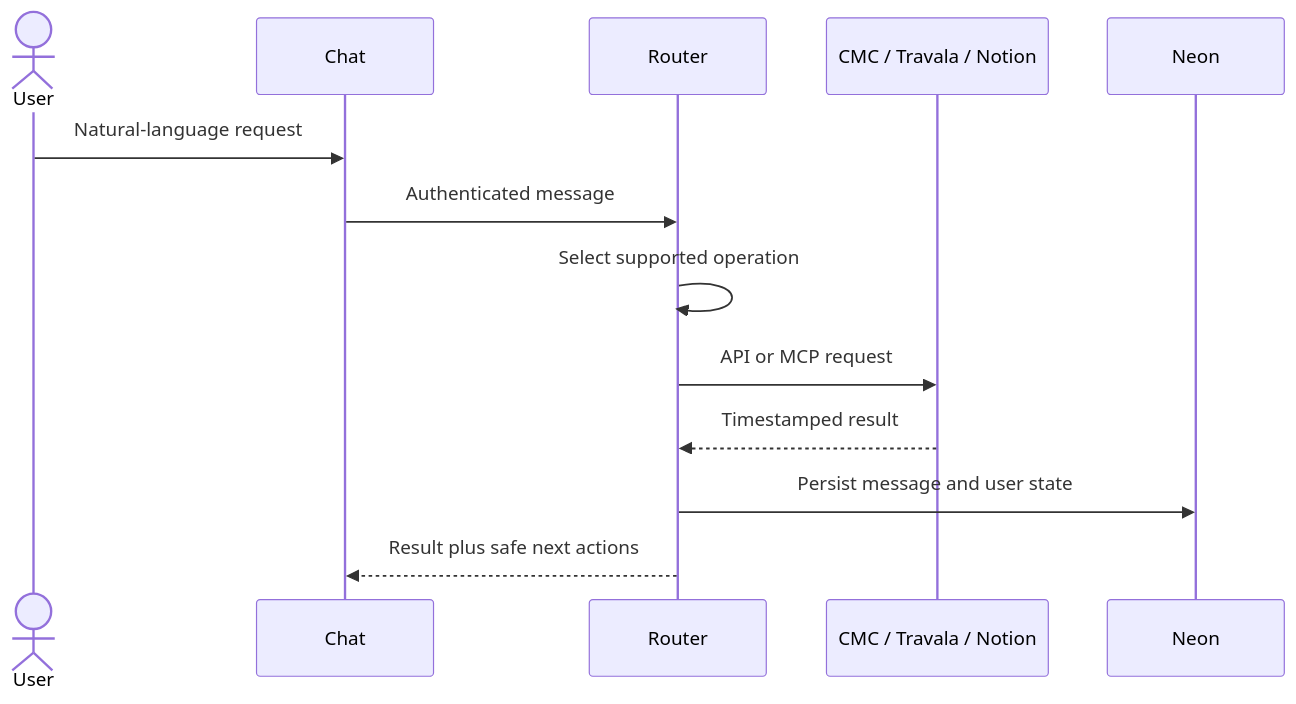
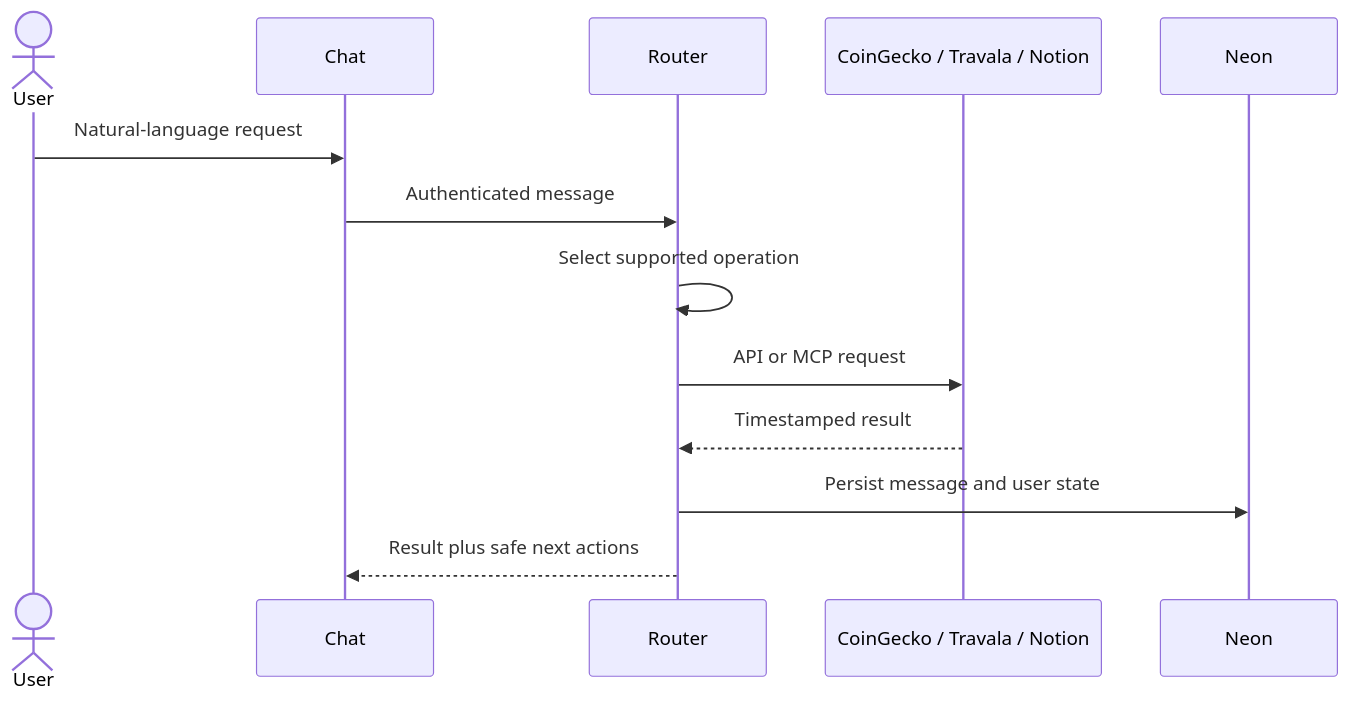
Before and after one commit to CaBsCrypto/agente-asistente: the fifth of 9 diagrams in docs/architecture.md, drawn with Mermaid. The commit also changed other lines of this file and 12 other files, not shown here.

First line of the commit message:
Docs accuracy sweep (phase 1): live proofs + CoinGecko (#16)

```diff
--- a/docs/architecture.md
+++ b/docs/architecture.md
@@ -126,15 +126,15 @@
 ~~~mermaid
 sequenceDiagram
     actor User
     participant Chat
     participant Router
-    participant Provider as CMC / Travala / Notion
+    participant Provider as CoinGecko / Travala / Notion
     participant Neon
     User->>Chat: Natural-language request
     Chat->>Router: Authenticated message
     Router->>Router: Select supported operation
     Router->>Provider: API or MCP request
     Provider-->>Router: Timestamped result
     Router->>Neon: Persist message and user state
     Router-->>Chat: Result plus safe next actions
 ~~~
```
